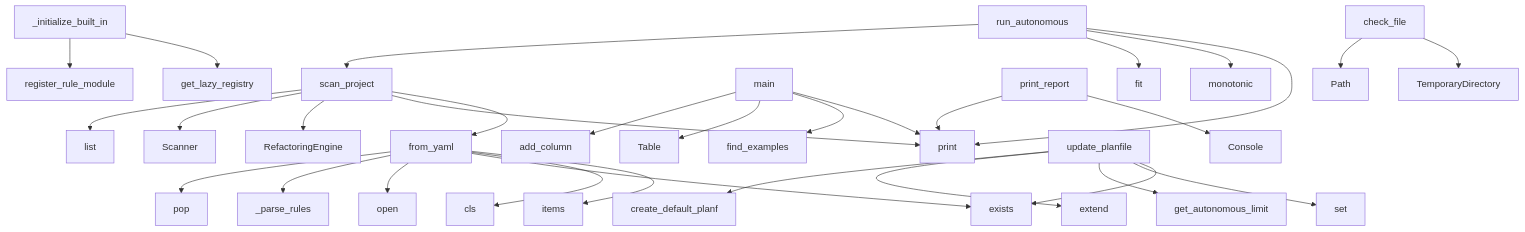
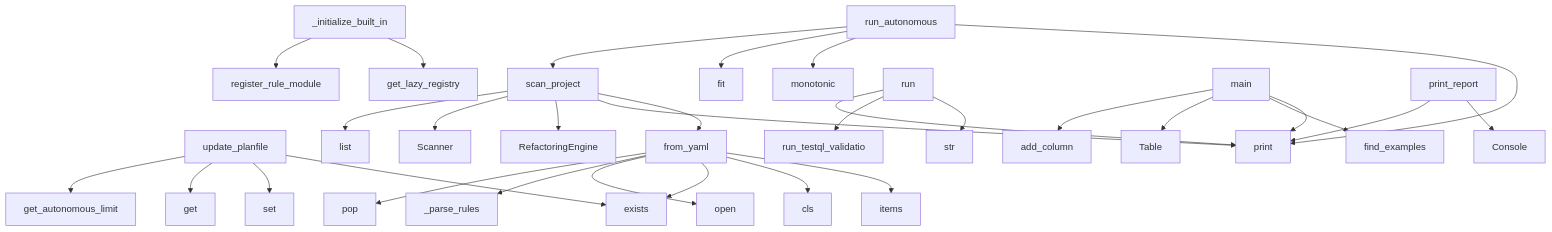
The diagram in project/context.md (semcod/prefact), drawn with Mermaid before and after one commit. The commit also changed other lines of this file and 26 other files, not shown here.

````diff
--- a/project/context.md
+++ b/project/context.md
@@ -586,33 +590,33 @@
 ```mermaid
 graph TD
+    update_planfile --> exists
+    update_planfile --> set
+    update_planfile --> get
+    update_planfile --> get_autonomous_limit
     scan_project --> from_yaml
     scan_project --> print
     scan_project --> RefactoringEngine
     scan_project --> Scanner
     scan_project --> list
     _initialize_built_in --> get_lazy_registry
     _initialize_built_in --> register_rule_module
+    run_autonomous --> print
+    run_autonomous --> monotonic
+    run_autonomous --> fit
+    run_autonomous --> scan_project
+    run --> str
+    run --> run_testql_validatio
+    run --> print
+    from_yaml --> items
+    from_yaml --> cls
+    from_yaml --> exists
+    from_yaml --> open
     main --> print
     main --> find_examples
     main --> Table
     main --> add_column
-    update_planfile --> exists
-    update_planfile --> set
-    update_planfile --> get_autonomous_limit
-    update_planfile --> extend
-    update_planfile --> create_default_planf
     print_report --> Console
     print_report --> print
-    from_yaml --> items
-    from_yaml --> cls
-    from_yaml --> exists
-    from_yaml --> open
-    run_autonomous --> print
-    run_autonomous --> monotonic
-    run_autonomous --> fit
-    run_autonomous --> scan_project
     from_yaml --> _parse_rules
     from_yaml --> pop
-    check_file --> TemporaryDirectory
-    check_file --> Path
 ```
````
